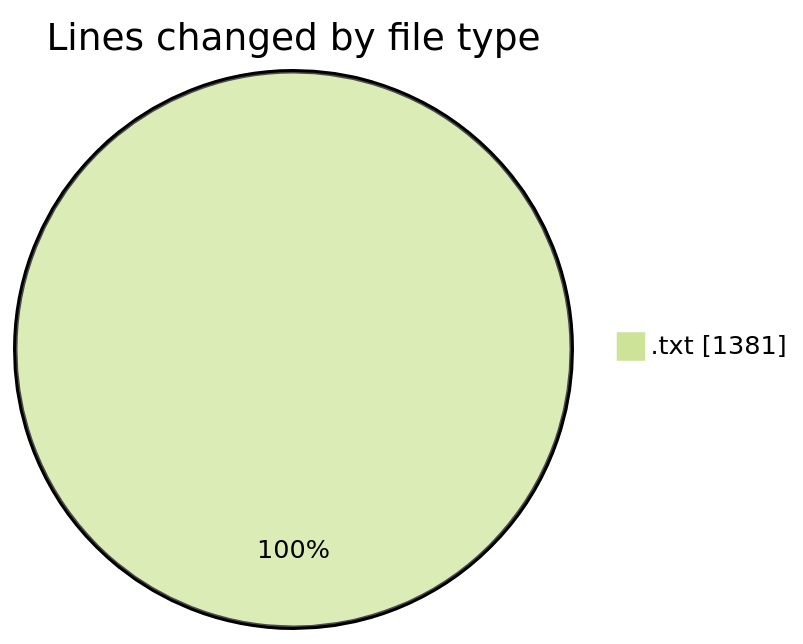
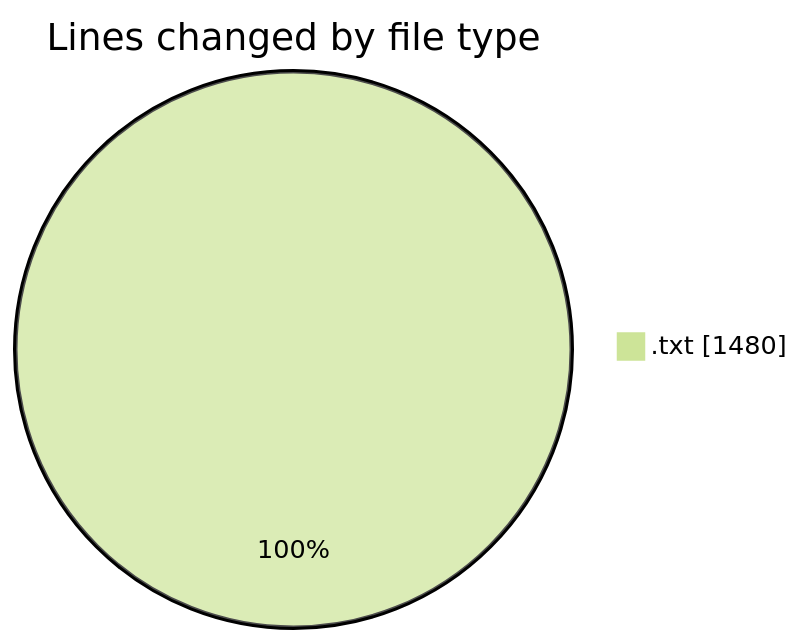
Before and after one commit to ricardozamudiocil/code-tracking: the first of 2 diagrams in 2026-11-23/cilapp/README.md, drawn with Mermaid (forest theme). The commit also changed other lines of this file and 1 other file, not shown here.

````diff
--- a/2026-11-23/cilapp/README.md
+++ b/2026-11-23/cilapp/README.md
@@ -20,5 +20,5 @@
 ```mermaid
 pie showData
 title Lines changed by file type
-".txt" : 1381
+".txt" : 1480
 ```
````
